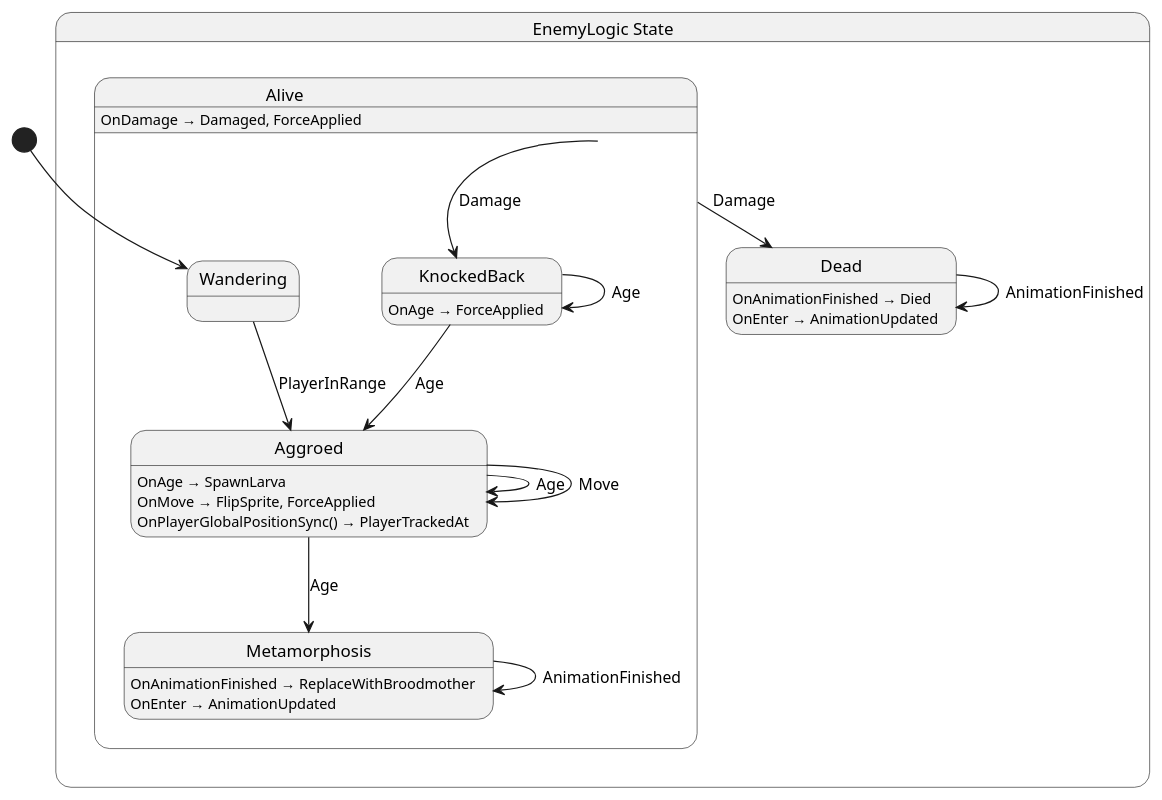
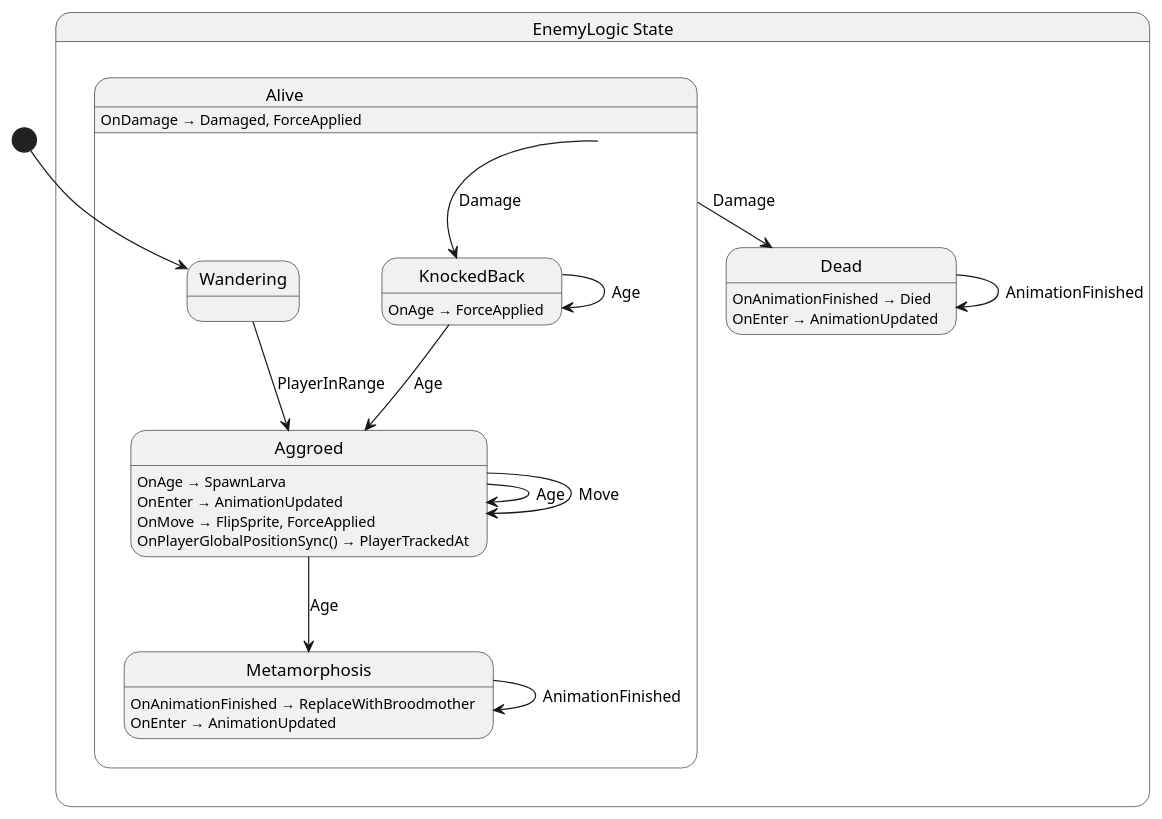
One commit to nilsiker/godot-wild-jam-77 changed the diagram in src/enemy/state/EnemyLogic.g.puml. Above: the diagram before and after it, drawn with PlantUML. The commit also changed 5 other files, not shown here.

```diff
--- a/src/enemy/state/EnemyLogic.g.puml
+++ b/src/enemy/state/EnemyLogic.g.puml
@@ -1,34 +1,35 @@
 @startuml EnemyLogic
 state "EnemyLogic State" as Nevergreen_EnemyLogic_State {
   state "Alive" as Nevergreen_EnemyLogic_State_Alive {
     state "Aggroed" as Nevergreen_EnemyLogic_State_Alive_Aggroed
     state "KnockedBack" as Nevergreen_EnemyLogic_State_Alive_KnockedBack
     state "Metamorphosis" as Nevergreen_EnemyLogic_State_Alive_Metamorphosis
     state "Wandering" as Nevergreen_EnemyLogic_State_Alive_Wandering
   }
   state "Dead" as Nevergreen_EnemyLogic_State_Dead
 }
 
 Nevergreen_EnemyLogic_State_Alive --> Nevergreen_EnemyLogic_State_Alive_KnockedBack : Damage
 Nevergreen_EnemyLogic_State_Alive --> Nevergreen_EnemyLogic_State_Dead : Damage
 Nevergreen_EnemyLogic_State_Alive_Aggroed --> Nevergreen_EnemyLogic_State_Alive_Aggroed : Age
 Nevergreen_EnemyLogic_State_Alive_Aggroed --> Nevergreen_EnemyLogic_State_Alive_Aggroed : Move
 Nevergreen_EnemyLogic_State_Alive_Aggroed --> Nevergreen_EnemyLogic_State_Alive_Metamorphosis : Age
 Nevergreen_EnemyLogic_State_Alive_KnockedBack --> Nevergreen_EnemyLogic_State_Alive_Aggroed : Age
 Nevergreen_EnemyLogic_State_Alive_KnockedBack --> Nevergreen_EnemyLogic_State_Alive_KnockedBack : Age
 Nevergreen_EnemyLogic_State_Alive_Metamorphosis --> Nevergreen_EnemyLogic_State_Alive_Metamorphosis : AnimationFinished
 Nevergreen_EnemyLogic_State_Alive_Wandering --> Nevergreen_EnemyLogic_State_Alive_Aggroed : PlayerInRange
 Nevergreen_EnemyLogic_State_Dead --> Nevergreen_EnemyLogic_State_Dead : AnimationFinished
 
 Nevergreen_EnemyLogic_State_Alive : OnDamage → Damaged, ForceApplied
 Nevergreen_EnemyLogic_State_Alive_Aggroed : OnAge → SpawnLarva
+Nevergreen_EnemyLogic_State_Alive_Aggroed : OnEnter → AnimationUpdated
 Nevergreen_EnemyLogic_State_Alive_Aggroed : OnMove → FlipSprite, ForceApplied
 Nevergreen_EnemyLogic_State_Alive_Aggroed : OnPlayerGlobalPositionSync() → PlayerTrackedAt
 Nevergreen_EnemyLogic_State_Alive_KnockedBack : OnAge → ForceApplied
 Nevergreen_EnemyLogic_State_Alive_Metamorphosis : OnAnimationFinished → ReplaceWithBroodmother
 Nevergreen_EnemyLogic_State_Alive_Metamorphosis : OnEnter → AnimationUpdated
 Nevergreen_EnemyLogic_State_Dead : OnAnimationFinished → Died
 Nevergreen_EnemyLogic_State_Dead : OnEnter → AnimationUpdated
 
 [*] --> Nevergreen_EnemyLogic_State_Alive_Wandering
 @enduml
```
